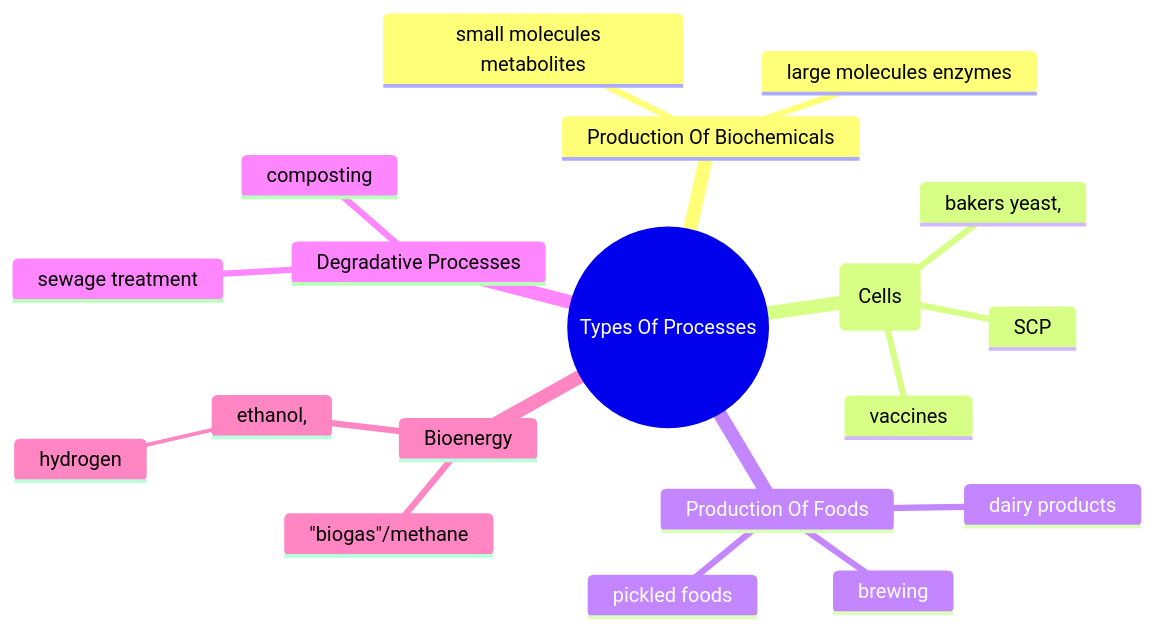
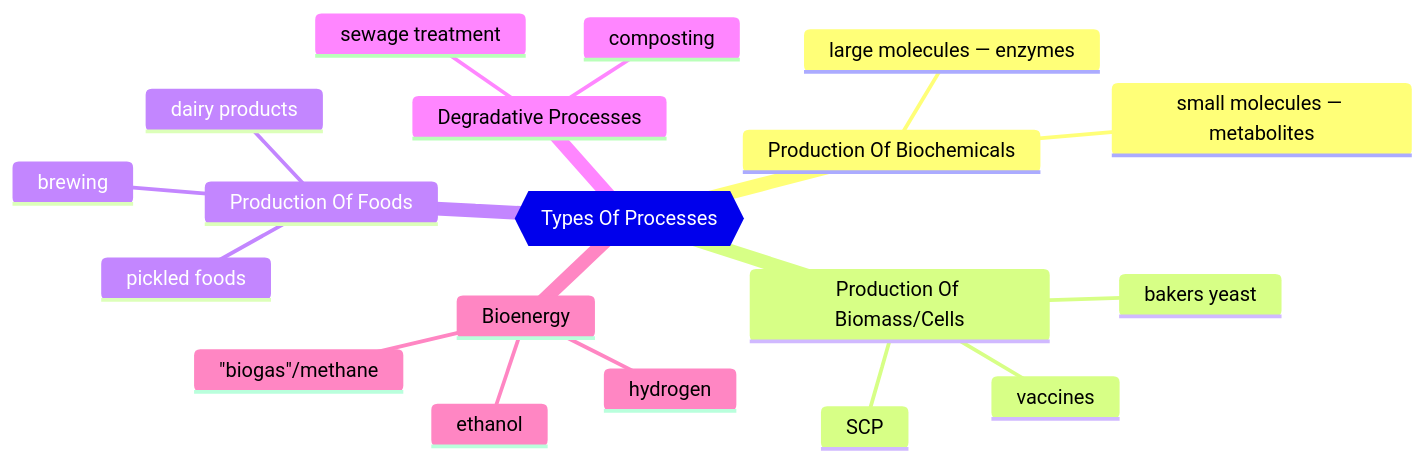
The third of 29 diagrams in src/site/notes/Uni/3/6AB023 Microbial Biotechnology/Microbial Biotechnology.md (WonderingGodling/My-Mind-Space), drawn with Mermaid before and after one commit. The commit also changed other lines of this file and 4 other files, not shown here.

````diff
--- a/src/site/notes/Uni/3/6AB023 Microbial Biotechnology/Microbial Biotechnology.md
+++ b/src/site/notes/Uni/3/6AB023 Microbial Biotechnology/Microbial Biotechnology.md
@@ -53,22 +44,22 @@
 ```mermaid
 mindmap
-  root((Types Of Processes))
+{{Types Of Processes}}
     Production Of Biochemicals
-     small molecules  metabolites
-     large molecules  enzymes
-    Production Of Biomass (Cells)
-        bakers yeast,
+        small molecules — metabolites
+        large molecules — enzymes
+    Production Of Biomass/Cells
+        bakers yeast
         SCP
         vaccines
     Production Of Foods
         dairy products
         brewing
         pickled foods
     Degradative Processes
         sewage treatment
         composting
     Bioenergy
         "biogas"/methane
-        ethanol,
-         hydrogen
+        ethanol
+        hydrogen
 ```
````
